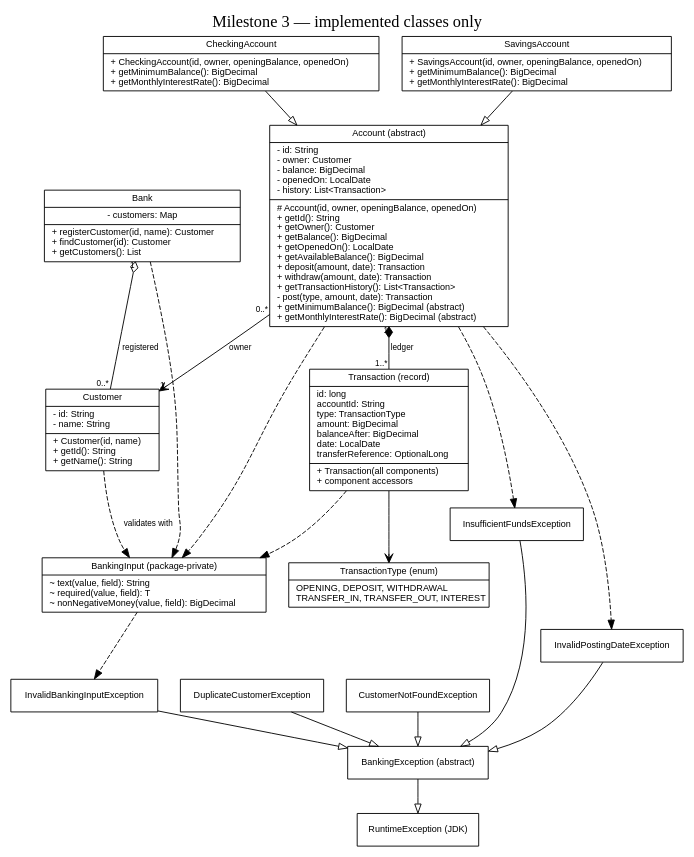
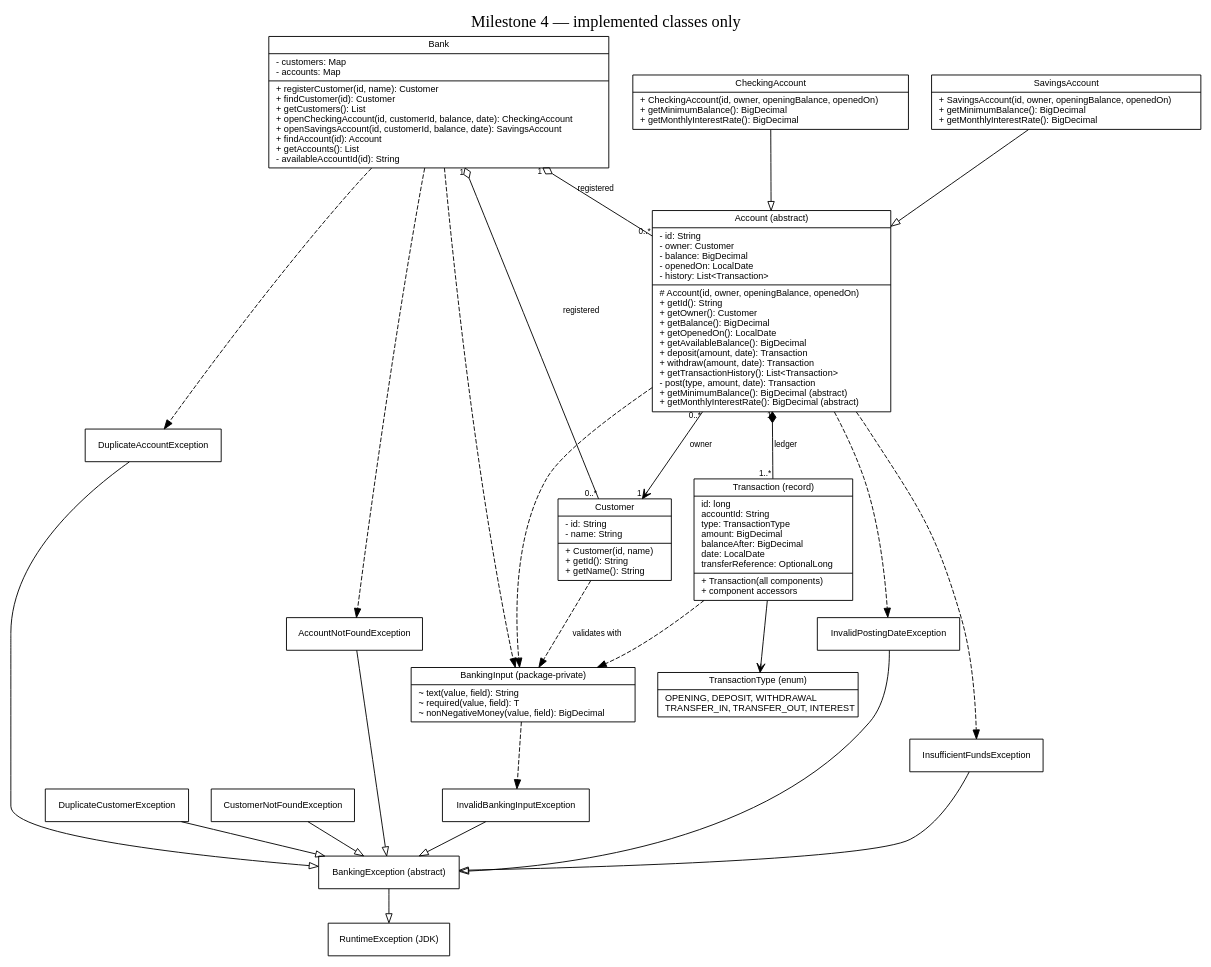
The diagram in docs/current-uml.dot (Mo3azGad/banking-management-system), drawn with Graphviz before and after one commit. The commit also changed 16 other files, not shown here.

Commit message:
Register bank accounts with validated owners and unique identifiers

```diff
--- a/docs/current-uml.dot
+++ b/docs/current-uml.dot
@@ -1,39 +1,46 @@
 digraph Current {
- graph [rankdir=TB, label="Milestone 3 — implemented classes only", labelloc=t, fontsize=18, bgcolor="white", nodesep=0.35];
+ graph [rankdir=TB, label="Milestone 4 — implemented classes only", labelloc=t, fontsize=18, bgcolor="white", nodesep=0.35];
  node [shape=record, fontname="Helvetica", fontsize=10];
  edge [fontname="Helvetica", fontsize=9];
- Bank [label="{Bank|- customers: Map|+ registerCustomer(id, name): Customer\l+ findCustomer(id): Customer\l+ getCustomers(): List\l}"];
+ Bank [label="{Bank|- customers: Map\l- accounts: Map\l|+ registerCustomer(id, name): Customer\l+ findCustomer(id): Customer\l+ getCustomers(): List\l+ openCheckingAccount(id, customerId, balance, date): CheckingAccount\l+ openSavingsAccount(id, customerId, balance, date): SavingsAccount\l+ findAccount(id): Account\l+ getAccounts(): List\l- availableAccountId(id): String\l}"];
  Customer [label="{Customer|- id: String\l- name: String\l|+ Customer(id, name)\l+ getId(): String\l+ getName(): String\l}"];
  Account [label="{Account (abstract)|- id: String\l- owner: Customer\l- balance: BigDecimal\l- openedOn: LocalDate\l- history: List\<Transaction\>\l|# Account(id, owner, openingBalance, openedOn)\l+ getId(): String\l+ getOwner(): Customer\l+ getBalance(): BigDecimal\l+ getOpenedOn(): LocalDate\l+ getAvailableBalance(): BigDecimal\l+ deposit(amount, date): Transaction\l+ withdraw(amount, date): Transaction\l+ getTransactionHistory(): List\<Transaction\>\l- post(type, amount, date): Transaction\l+ getMinimumBalance(): BigDecimal (abstract)\l+ getMonthlyInterestRate(): BigDecimal (abstract)\l}"];
  CheckingAccount [label="{CheckingAccount|+ CheckingAccount(id, owner, openingBalance, openedOn)\l+ getMinimumBalance(): BigDecimal\l+ getMonthlyInterestRate(): BigDecimal\l}"];
  SavingsAccount [label="{SavingsAccount|+ SavingsAccount(id, owner, openingBalance, openedOn)\l+ getMinimumBalance(): BigDecimal\l+ getMonthlyInterestRate(): BigDecimal\l}"];
  Transaction [label="{Transaction (record)|id: long\laccountId: String\ltype: TransactionType\lamount: BigDecimal\lbalanceAfter: BigDecimal\ldate: LocalDate\ltransferReference: OptionalLong\l|+ Transaction(all components)\l+ component accessors\l}"];
  TransactionType [label="{TransactionType (enum)|OPENING, DEPOSIT, WITHDRAWAL\lTRANSFER_IN, TRANSFER_OUT, INTEREST\l}"];
  BankingInput [label="{BankingInput (package-private)|~ text(value, field): String\l~ required(value, field): T\l~ nonNegativeMoney(value, field): BigDecimal\l}"];
  BankingException [label="BankingException (abstract)"];
  InvalidBankingInputException [label="InvalidBankingInputException"];
  DuplicateCustomerException [label="DuplicateCustomerException"];
  CustomerNotFoundException [label="CustomerNotFoundException"];
  InsufficientFundsException [label="InsufficientFundsException"];
  InvalidPostingDateException [label="InvalidPostingDateException"];
+ DuplicateAccountException [label="DuplicateAccountException"];
+ AccountNotFoundException [label="AccountNotFoundException"];
  RuntimeException [label="RuntimeException (JDK)"];
  Bank -> Customer [arrowhead=none, arrowtail=odiamond, dir=both, taillabel="1", headlabel="0..*", label="registered"];
+ Bank -> Account [arrowhead=none, arrowtail=odiamond, dir=both, taillabel="1", headlabel="0..*", label="registered"];
  Account -> Customer [arrowhead=vee, taillabel="0..*", headlabel="1", label="owner"];
  CheckingAccount -> Account [arrowhead=empty];
  SavingsAccount -> Account [arrowhead=empty];
  Account -> Transaction [arrowhead=none, arrowtail=diamond, dir=both, taillabel="1", headlabel="1..*", label="ledger"];
  Transaction -> TransactionType [arrowhead=vee];
  Customer -> BankingInput [style=dashed, label="validates with"];
  Bank -> BankingInput [style=dashed];
  Account -> BankingInput [style=dashed];
  Transaction -> BankingInput [style=dashed];
  InvalidBankingInputException -> BankingException [arrowhead=empty];
  DuplicateCustomerException -> BankingException [arrowhead=empty];
  CustomerNotFoundException -> BankingException [arrowhead=empty];
  InsufficientFundsException -> BankingException [arrowhead=empty];
  InvalidPostingDateException -> BankingException [arrowhead=empty];
  Account -> InsufficientFundsException [style=dashed];
  Account -> InvalidPostingDateException [style=dashed];
+ DuplicateAccountException -> BankingException [arrowhead=empty];
+ AccountNotFoundException -> BankingException [arrowhead=empty];
+ Bank -> DuplicateAccountException [style=dashed];
+ Bank -> AccountNotFoundException [style=dashed];
  BankingException -> RuntimeException [arrowhead=empty];
  BankingInput -> InvalidBankingInputException [style=dashed];
 }
```
